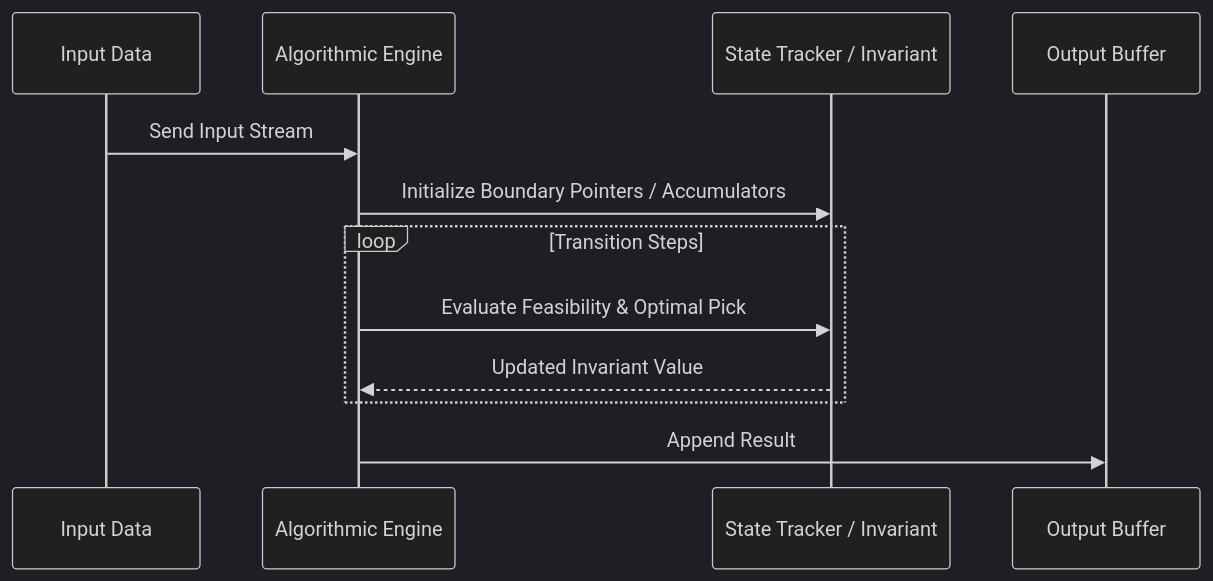
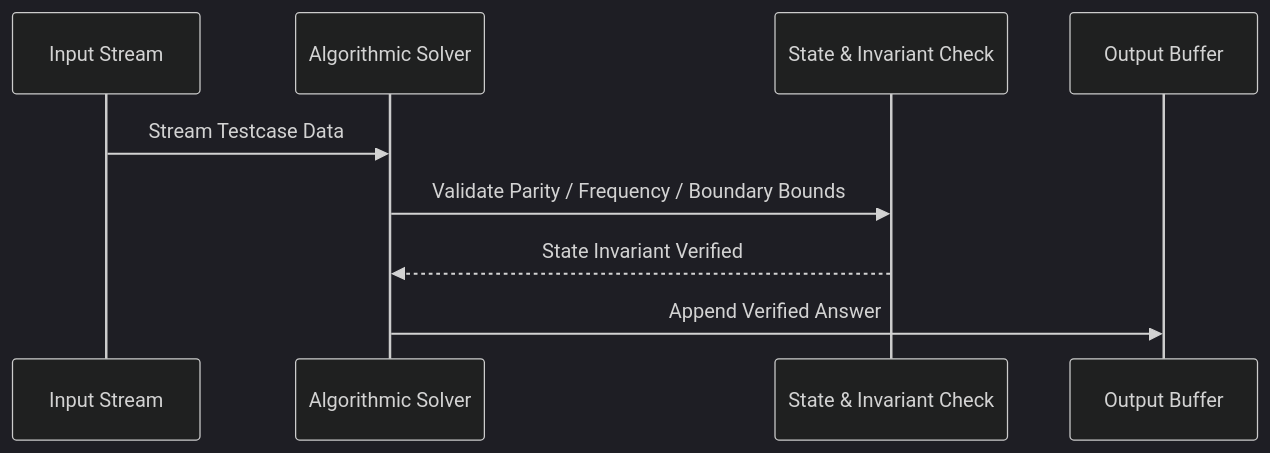
Before and after one commit to akshaykumar33/algopulse: the second of 2 diagrams in practice/days/2026-11-09/explanations/adjacencyHatred.md, drawn with Mermaid (dark theme). The commit also changed other lines of this file and 235 other files, not shown here.

````diff
--- a/practice/days/2026-11-09/explanations/adjacencyHatred.md
+++ b/practice/days/2026-11-09/explanations/adjacencyHatred.md
@@ -34,15 +31,12 @@
 ```mermaid
 sequenceDiagram
-    participant In as Input Data
-    participant Engine as Algorithmic Engine
-    participant State as State Tracker / Invariant
+    participant In as Input Stream
+    participant Engine as Algorithmic Solver
+    participant Invariant as State & Invariant Check
     participant Out as Output Buffer
 
-    In->>Engine: Send Input Stream
-    Engine->>State: Initialize Boundary Pointers / Accumulators
-    loop Transition Steps
-        Engine->>State: Evaluate Feasibility & Optimal Pick
-        State-->>Engine: Updated Invariant Value
-    end
-    Engine->>Out: Append Result
+    In->>Engine: Stream Testcase Data
+    Engine->>Invariant: Validate Parity / Frequency / Boundary Bounds
+    Invariant-->>Engine: State Invariant Verified
+    Engine->>Out: Append Verified Answer
 ```
````
